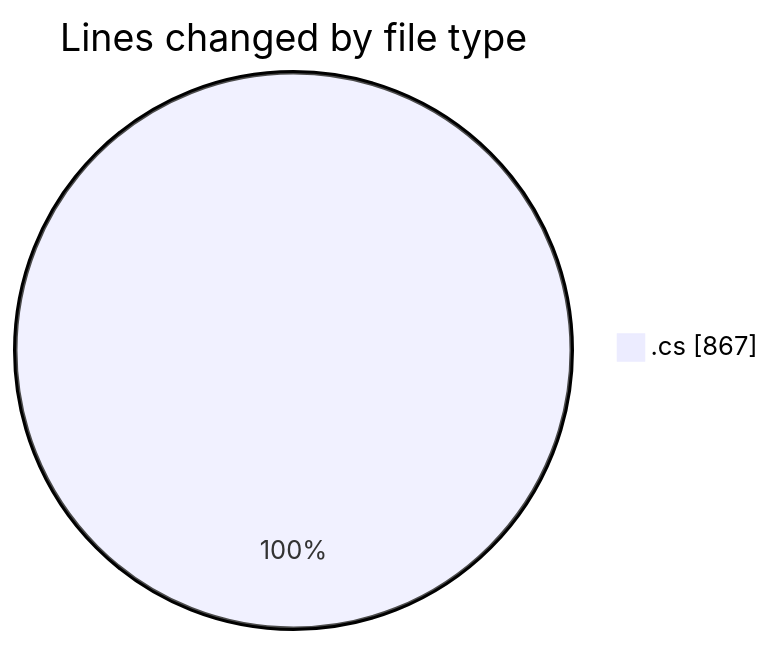
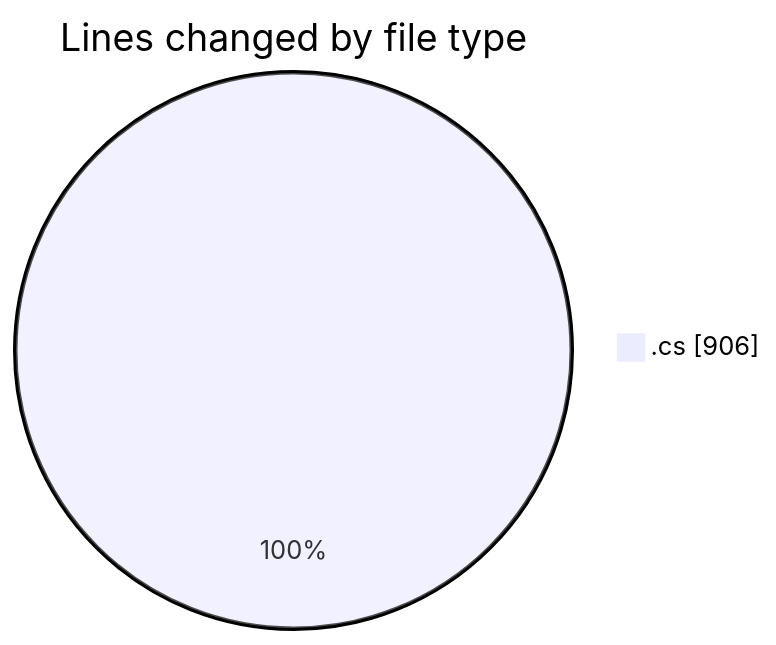
The first of 2 diagrams in 2025-04-03/back-end/README.md (Netris89/code-tracking), drawn with Mermaid before and after one commit. The commit also changed other lines of this file and 1 other file, not shown here.

````diff
--- a/2025-04-03/back-end/README.md
+++ b/2025-04-03/back-end/README.md
@@ -22,5 +22,5 @@
 ```mermaid
 pie showData
 title Lines changed by file type
-".cs" : 867
+".cs" : 906
 ```
````
